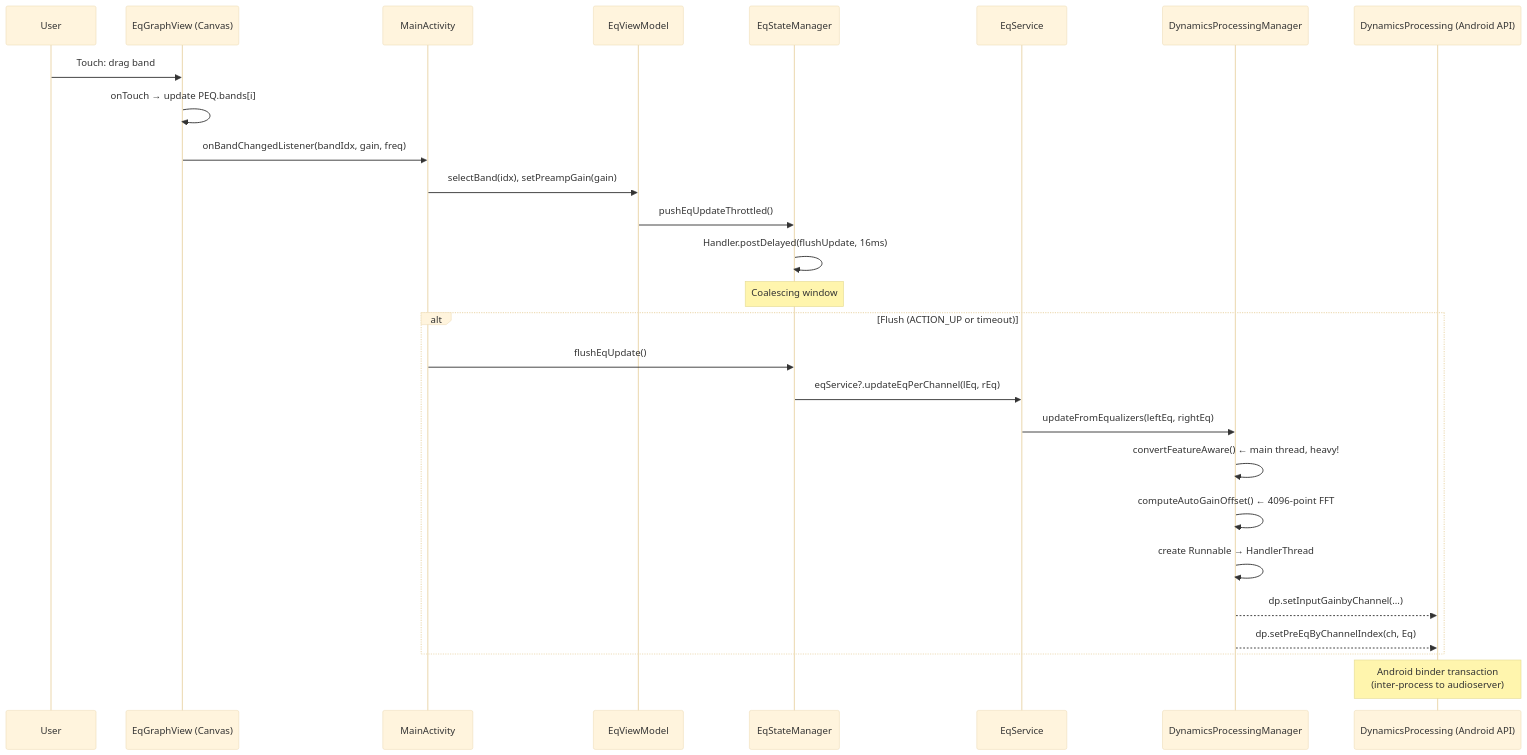
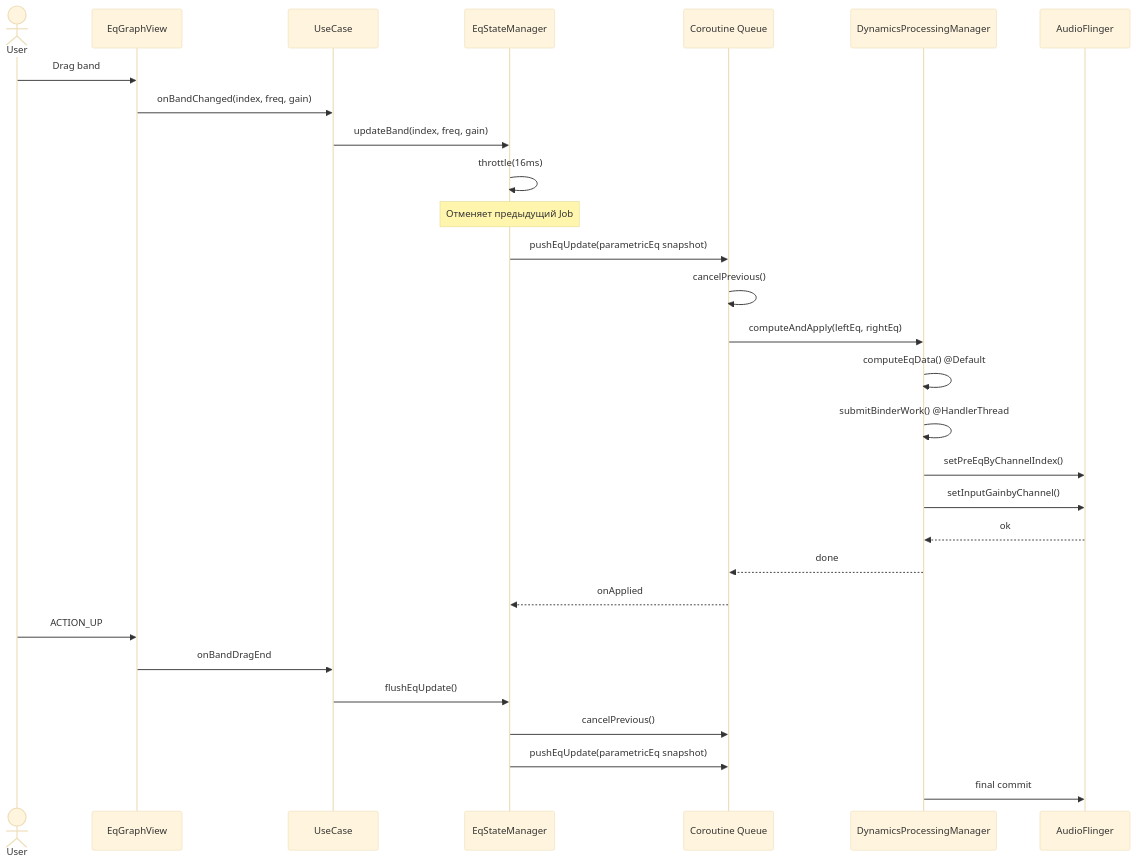
Before and after one commit to ZDarow/Equalizer314: the third of 3 diagrams in ARCHITECTURE_AUDIT.md, drawn with Mermaid (base theme). The commit also changed other lines of this file and 8 other files, not shown here.

````diff
--- a/ARCHITECTURE_AUDIT.md
+++ b/ARCHITECTURE_AUDIT.md
@@ -384,34 +643,33 @@
 ```mermaid
 sequenceDiagram
-    participant User
-    participant EqGraphView as EqGraphView (Canvas)
-    participant MainAct as MainActivity
-    participant EqVM as EqViewModel
-    participant StateMgr as EqStateManager
-    participant EqSvc as EqService
-    participant DPMgr as DynamicsProcessingManager
-    participant DP as DynamicsProcessing (Android API)
+    actor User
+    participant G as EqGraphView
+    participant UC as UseCase
+    participant SM as EqStateManager
+    participant Q as Coroutine Queue
+    participant DPM as DynamicsProcessingManager
+    participant AF as AudioFlinger
 
-    User->>EqGraphView: Touch: drag band
-    EqGraphView->>EqGraphView: onTouch → update PEQ.bands[i]
-    EqGraphView->>MainAct: onBandChangedListener(bandIdx, gain, freq)
-    MainAct->>EqVM: selectBand(idx), setPreampGain(gain)
-    EqVM->>StateMgr: pushEqUpdateThrottled()
-    StateMgr->>StateMgr: Handler.postDelayed(flushUpdate, 16ms)
+    User->>G: Drag band
+    G->>UC: onBandChanged(index, freq, gain)
+    UC->>SM: updateBand(index, freq, gain)
+    SM->>SM: throttle(16ms)
+    Note over SM: Отменяет предыдущий Job
+    SM->>Q: pushEqUpdate(parametricEq snapshot)
+    Q->>Q: cancelPrevious()
+    Q->>DPM: computeAndApply(leftEq, rightEq)
+    DPM->>DPM: computeEqData() @Default
+    DPM->>DPM: submitBinderWork() @HandlerThread
+    DPM->>AF: setPreEqByChannelIndex()
+    DPM->>AF: setInputGainbyChannel()
+    AF-->>DPM: ok
+    DPM-->>Q: done
+    Q-->>SM: onApplied
 
-    Note over StateMgr: Coalescing window
-
-    alt Flush (ACTION_UP or timeout)
-        MainAct->>StateMgr: flushEqUpdate()
-        StateMgr->>EqSvc: eqService?.updateEqPerChannel(lEq, rEq)
-        EqSvc->>DPMgr: updateFromEqualizers(leftEq, rightEq)
-        
-        DPMgr->>DPMgr: convertFeatureAware() ← main thread, heavy!
-        DPMgr->>DPMgr: computeAutoGainOffset() ← 4096-point FFT
-        DPMgr->>DPMgr: create Runnable → HandlerThread
-        DPMgr-->>DP: dp.setInputGainbyChannel(...)
-        DPMgr-->>DP: dp.setPreEqByChannelIndex(ch, Eq)
-    end
-
-    Note over DP: Android binder transaction<br/>(inter-process to audioserver)
+    User->>G: ACTION_UP
+    G->>UC: onBandDragEnd
+    UC->>SM: flushEqUpdate()
+    SM->>Q: cancelPrevious()
+    SM->>Q: pushEqUpdate(parametricEq snapshot)
+    DPM->>AF: final commit
 ```
````
